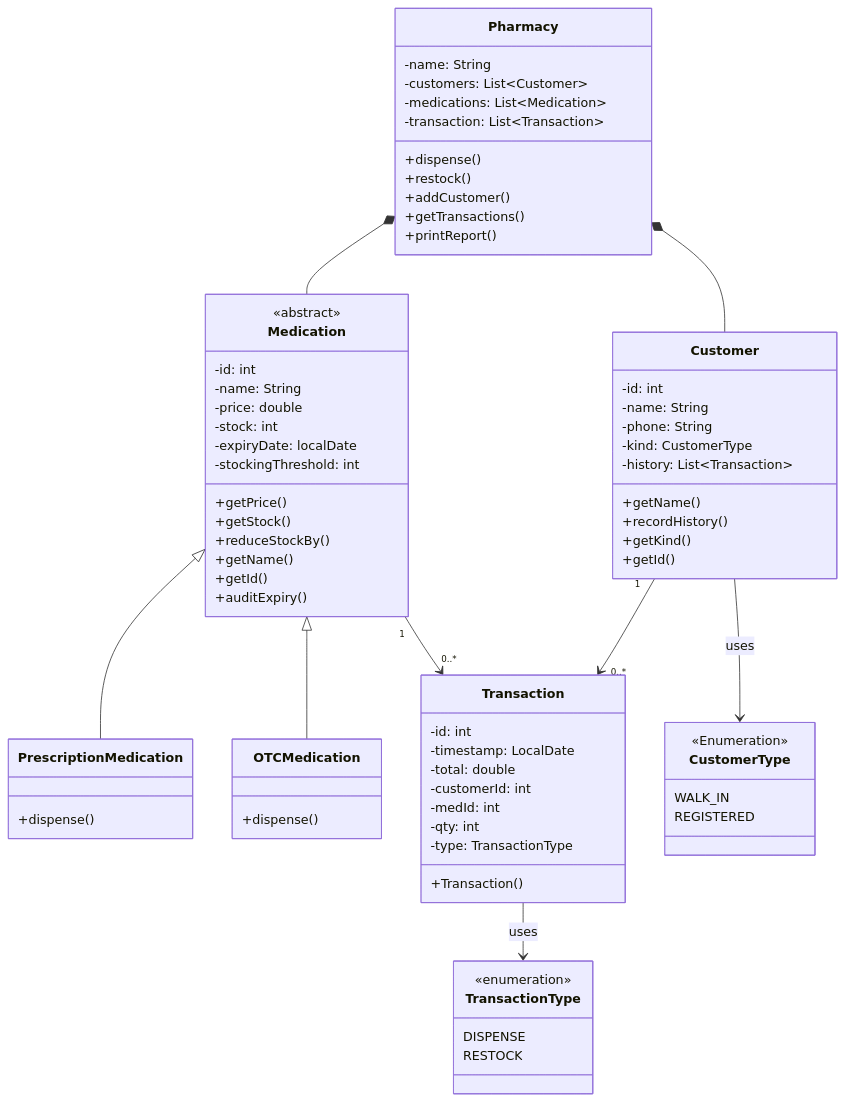
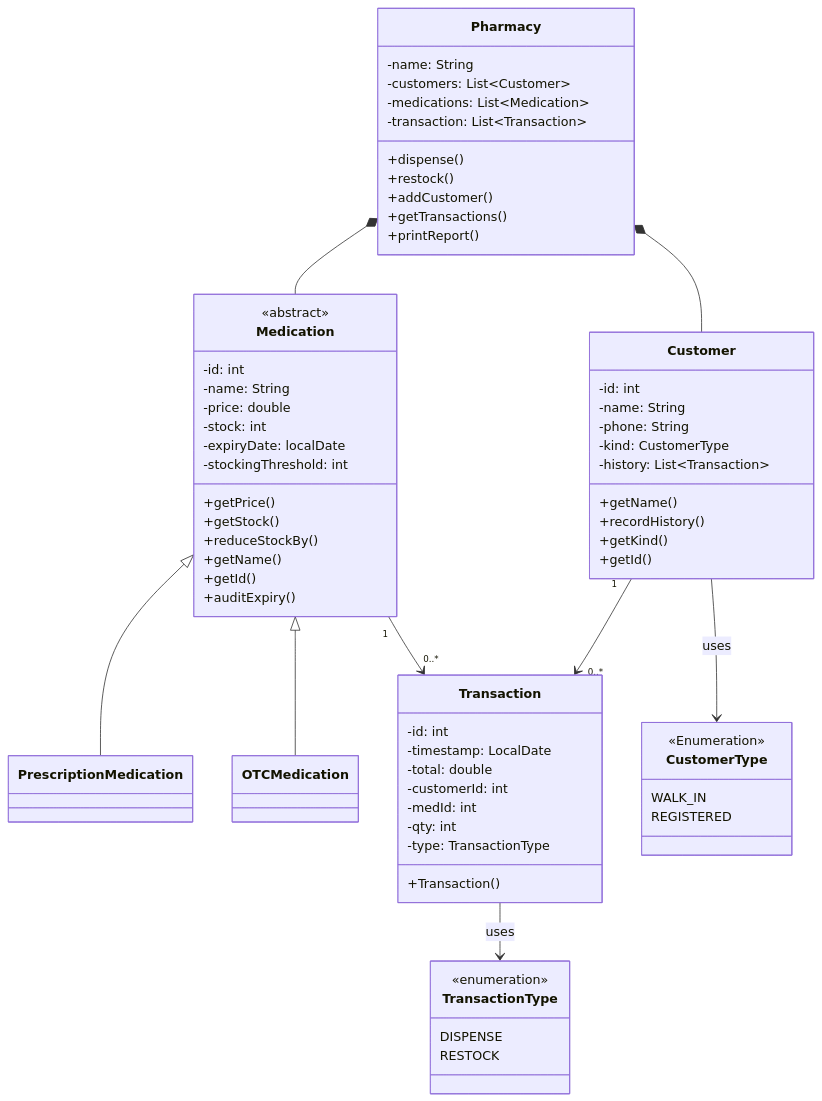
Before and after one commit to prince-kofi-asiedu/akosua-s-pharmacy: the diagram in README.md, drawn with Mermaid. The commit also changed 4 other files, not shown here.

```diff
--- a/README.md
+++ b/README.md
@@ -65,11 +65,10 @@
 }
 
 class PrescriptionMedication {
-  +dispense()
+
 }
 
 class OTCMedication {
-  +dispense()
 }
 
 class Customer {
```
